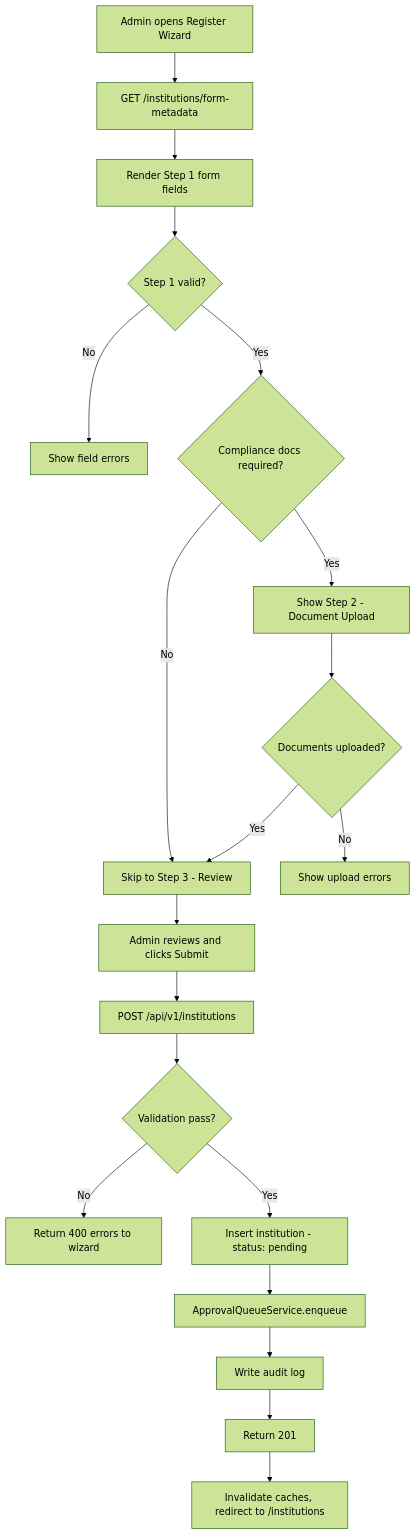
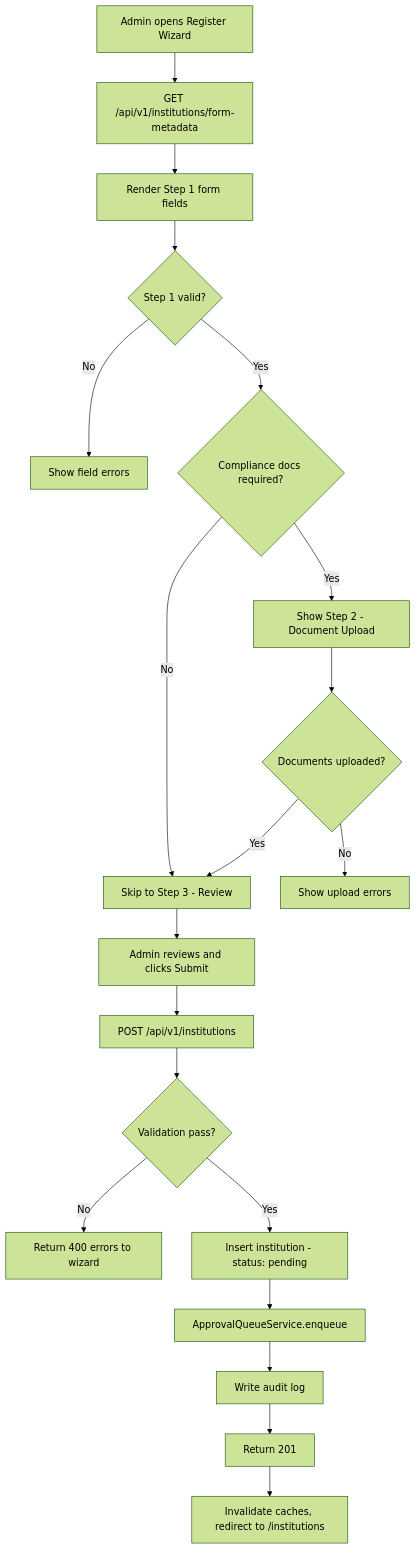
One commit to ashutoshbelulkar-coder/credit-harmony changed the first of 2 diagrams in docs/User stories/EPIC-02-Institution-Member-Management.md. Above: the diagram before and after it, drawn with Mermaid (forest theme). The commit also changed other lines of this file and 30 other files, not shown here.

````diff
--- a/docs/User stories/EPIC-02-Institution-Member-Management.md
+++ b/docs/User stories/EPIC-02-Institution-Member-Management.md
@@ -360,22 +360,22 @@
 ```mermaid
 flowchart TD
-    A[Admin opens Register Wizard] --> B[GET /institutions/form-metadata]
+    A[Admin opens Register Wizard] --> B[GET /api/v1/institutions/form-metadata]
     B --> C[Render Step 1 form fields]
     C --> D{Step 1 valid?}
     D -->|No| E[Show field errors]
     D -->|Yes| F{Compliance docs required?}
     F -->|Yes| G[Show Step 2 - Document Upload]
     F -->|No| H[Skip to Step 3 - Review]
     G --> I{Documents uploaded?}
     I -->|No| J[Show upload errors]
     I -->|Yes| H
     H --> K[Admin reviews and clicks Submit]
     K --> L[POST /api/v1/institutions]
     L --> M{Validation pass?}
     M -->|No| N[Return 400 errors to wizard]
     M -->|Yes| O[Insert institution - status: pending]
     O --> P[ApprovalQueueService.enqueue]
     P --> Q[Write audit log]
     Q --> R[Return 201]
     R --> S[Invalidate caches, redirect to /institutions]
 ```
````
